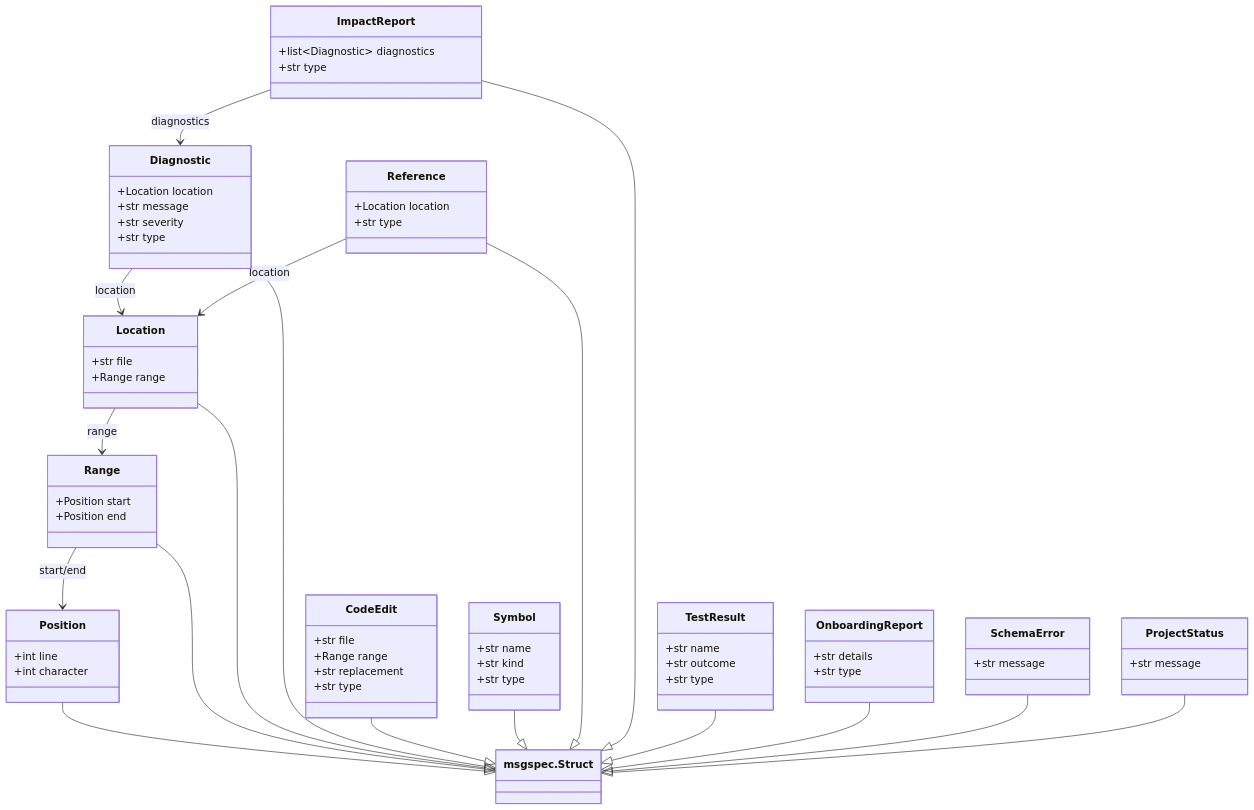
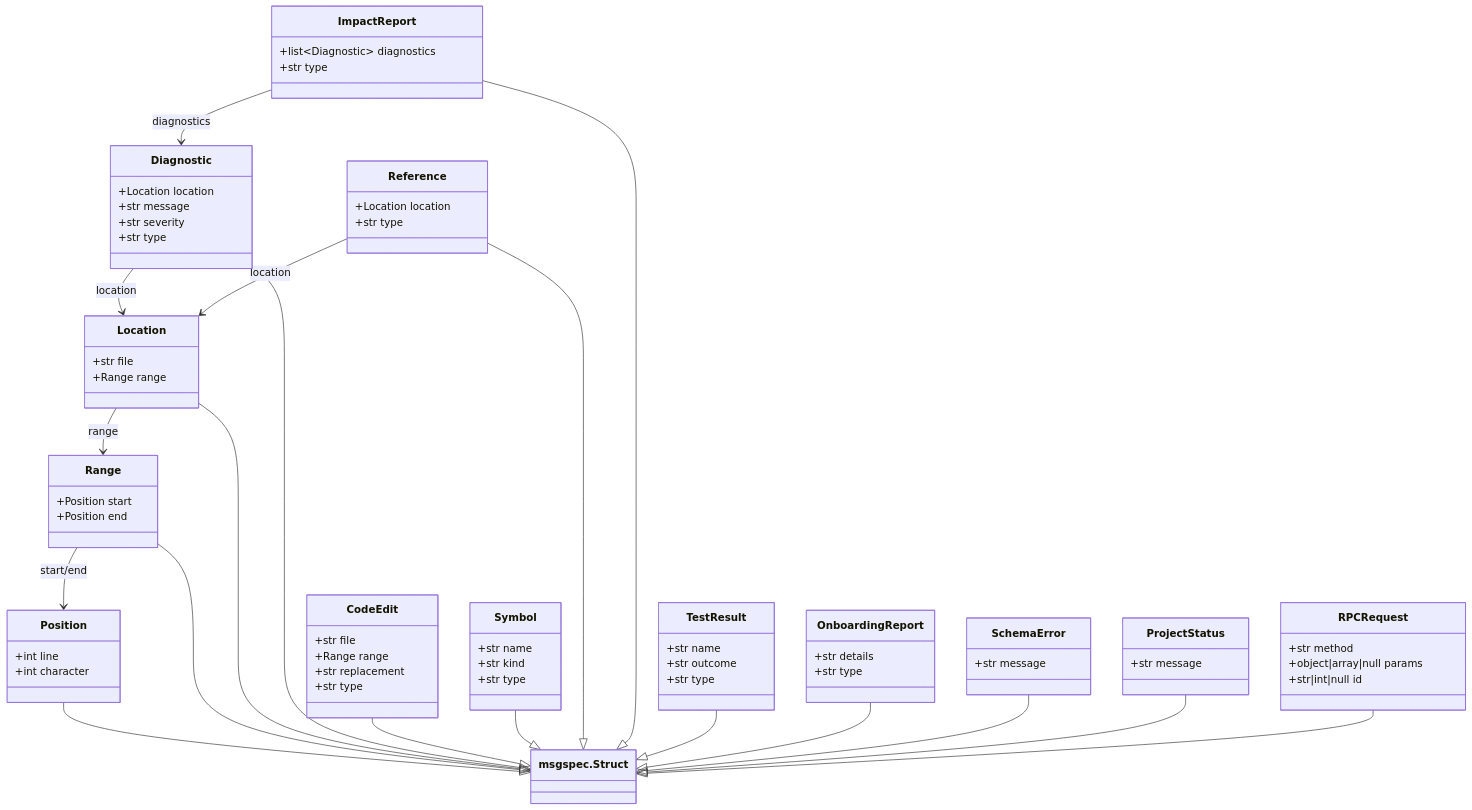
One commit to leynos/weaver changed the diagram in docs/weaver-design.md. Above: the diagram before and after it, drawn with Mermaid.

Commit message:
Add RPC request schema diagram (#14)
* Add RPC request schema diagram

* Add RPCRequest schema to class diagram

* Add RPC request schema diagram

* Remove duplicated RPCRequest diagram

```diff
--- a/docs/weaver-design.md
+++ b/docs/weaver-design.md
@@ -443,6 +443,12 @@
         +str message
     }
 
+    class RPCRequest {
+        +str method
+        +object|array|null params
+        +str|int|null id
+    }
+
     %% All classes now inherit from msgspec.Struct
     Position --|> msgspec.Struct
     Range --|> msgspec.Struct
@@ -456,6 +462,7 @@
     OnboardingReport --|> msgspec.Struct
     SchemaError --|> msgspec.Struct
     ProjectStatus --|> msgspec.Struct
+    RPCRequest --|> msgspec.Struct
 
     %% Relationships
     Range --> Position : start/end
```
